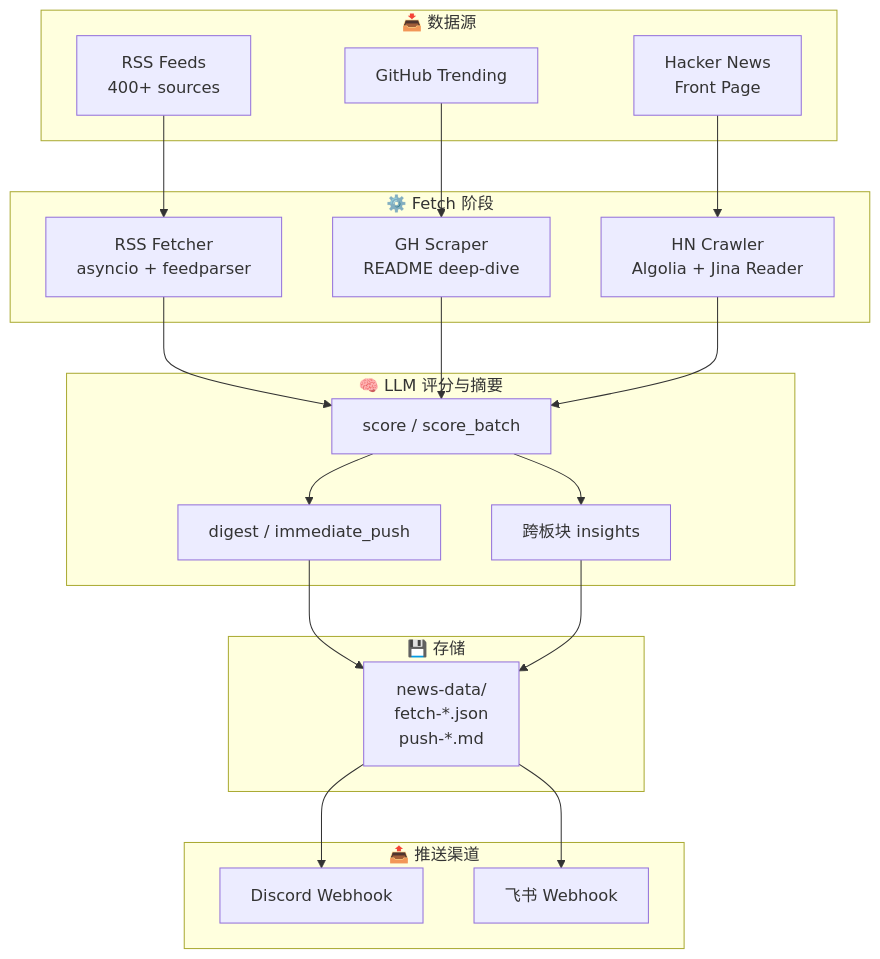
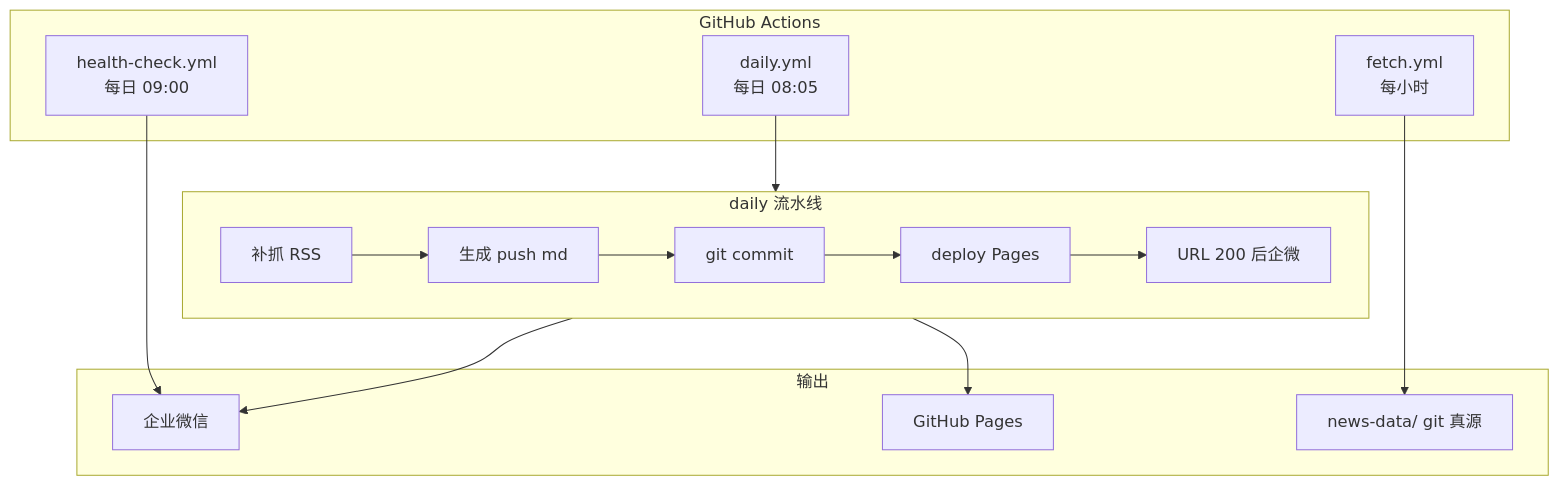
The diagram in README.md (zk1239520941/ai-daily), drawn with Mermaid before and after one commit. The commit also changed other lines of this file and 4 other files, not shown here.

First line of the commit message:
docs: 同步文档至 GHA+企微+Pages 部署架构

````diff
--- a/README.md
+++ b/README.md
@@ -61,39 +45,29 @@
 ```mermaid
 flowchart TB
-    subgraph Sources["📥 数据源"]
-        RSS["RSS Feeds<br/>400+ sources"]
-        GH["GitHub Trending"]
-        HN["Hacker News<br/>Front Page"]
+    subgraph GHA["GitHub Actions"]
+        F["fetch.yml<br/>每小时"]
+        D["daily.yml<br/>每日 08:05"]
+        H["health-check.yml<br/>每日 09:00"]
     end
 
-    subgraph Fetch["⚙️ Fetch 阶段"]
-        F1["RSS Fetcher<br/>asyncio + feedparser"]
-        F2["GH Scraper<br/>README deep-dive"]
-        F3["HN Crawler<br/>Algolia + Jina Reader"]
+    subgraph Pipeline["daily 流水线"]
+        P1["补抓 RSS"]
+        P2["生成 push md"]
+        P3["git commit"]
+        P4["deploy Pages"]
+        P5["URL 200 后企微"]
+        P1 --> P2 --> P3 --> P4 --> P5
     end
 
-    subgraph LLMStage["🧠 LLM 评分与摘要"]
-        Score["score / score_batch"]
-        Digest["digest / immediate_push"]
-        Insight["跨板块 insights"]
+    subgraph Out["输出"]
+        WX["企业微信"]
+        PG["GitHub Pages"]
+        GIT["news-data/ git 真源"]
     end
 
-    subgraph Store["💾 存储"]
-        Files["news-data/<br/>fetch-*.json<br/>push-*.md"]
-    end
-
-    subgraph PushStage["📤 推送渠道"]
-        Discord["Discord Webhook"]
-        Feishu["飞书 Webhook"]
-    end
-
-    RSS --> F1 --> Score
-    GH --> F2 --> Score
-    HN --> F3 --> Score
-    Score --> Digest
-    Score --> Insight
-    Digest --> Files
-    Insight --> Files
-    Files --> Discord
-    Files --> Feishu
+    F --> GIT
+    D --> Pipeline
+    Pipeline --> WX
+    Pipeline --> PG
+    H --> WX
 ```
````
